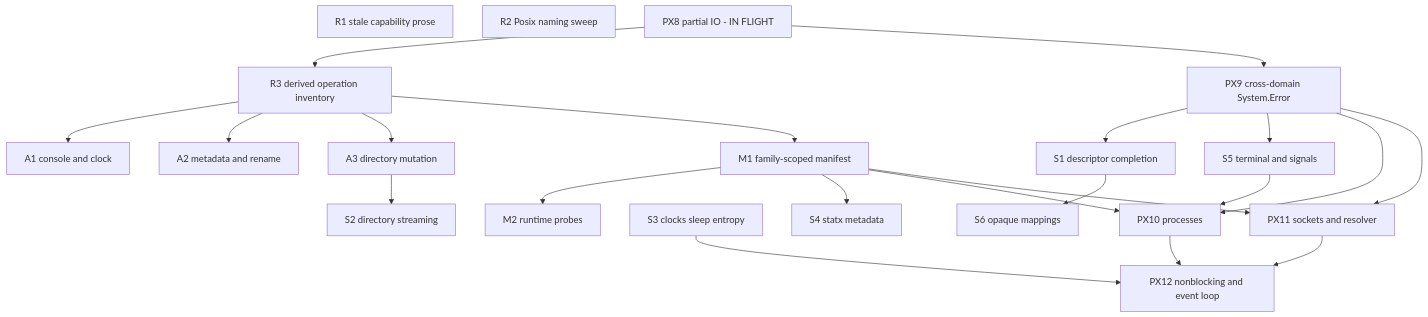
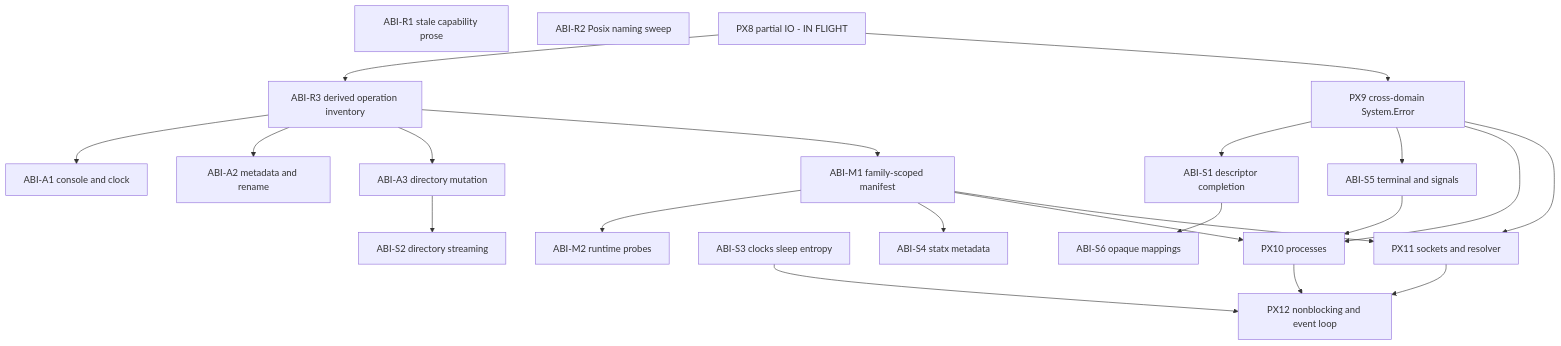
The diagram in docs/program/10-linux-abi-completion.md (ken-topos/ken), drawn with Mermaid before and after one commit. The commit also changed other lines of this file, not shown here.

Commit message:
10-linux-abi-completion: rename tracks R/A/M/S to ABI- prefix (operator); PX9-PX12 keep charter IDs

````diff
--- a/docs/program/10-linux-abi-completion.md
+++ b/docs/program/10-linux-abi-completion.md
@@ -145,43 +145,43 @@
 ```mermaid
 flowchart TD
-    R1[R1 stale capability prose]
-    R2[R2 Posix naming sweep]
-    R3[R3 derived operation inventory]
-    A1[A1 console and clock]
-    A2[A2 metadata and rename]
-    A3[A3 directory mutation]
-    M1[M1 family-scoped manifest]
-    M2[M2 runtime probes]
+    ABI_R1[ABI-R1 stale capability prose]
+    ABI_R2[ABI-R2 Posix naming sweep]
+    ABI_R3[ABI-R3 derived operation inventory]
+    ABI_A1[ABI-A1 console and clock]
+    ABI_A2[ABI-A2 metadata and rename]
+    ABI_A3[ABI-A3 directory mutation]
+    ABI_M1[ABI-M1 family-scoped manifest]
+    ABI_M2[ABI-M2 runtime probes]
     PX8[PX8 partial IO - IN FLIGHT]
     PX9[PX9 cross-domain System.Error]
-    S1[S1 descriptor completion]
-    S2[S2 directory streaming]
-    S3[S3 clocks sleep entropy]
-    S4[S4 statx metadata]
-    S5[S5 terminal and signals]
-    S6[S6 opaque mappings]
+    ABI_S1[ABI-S1 descriptor completion]
+    ABI_S2[ABI-S2 directory streaming]
+    ABI_S3[ABI-S3 clocks sleep entropy]
+    ABI_S4[ABI-S4 statx metadata]
+    ABI_S5[ABI-S5 terminal and signals]
+    ABI_S6[ABI-S6 opaque mappings]
     PX10[PX10 processes]
     PX11[PX11 sockets and resolver]
     PX12[PX12 nonblocking and event loop]
 
-    PX8 --> R3
-    R3 --> A1
-    R3 --> A2
-    R3 --> A3
-    R3 --> M1
-    M1 --> M2
+    PX8 --> ABI_R3
+    ABI_R3 --> ABI_A1
+    ABI_R3 --> ABI_A2
+    ABI_R3 --> ABI_A3
+    ABI_R3 --> ABI_M1
+    ABI_M1 --> ABI_M2
     PX8 --> PX9
-    PX9 --> S1
-    A3 --> S2
-    PX9 --> S5
-    M1 --> S4
-    S1 --> S6
+    PX9 --> ABI_S1
+    ABI_A3 --> ABI_S2
+    PX9 --> ABI_S5
+    ABI_M1 --> ABI_S4
+    ABI_S1 --> ABI_S6
     PX9 --> PX10
-    M1 --> PX10
-    S5 --> PX10
+    ABI_M1 --> PX10
+    ABI_S5 --> PX10
     PX9 --> PX11
-    M1 --> PX11
+    ABI_M1 --> PX11
     PX10 --> PX12
     PX11 --> PX12
-    S3 --> PX12
+    ABI_S3 --> PX12
 ```
````
